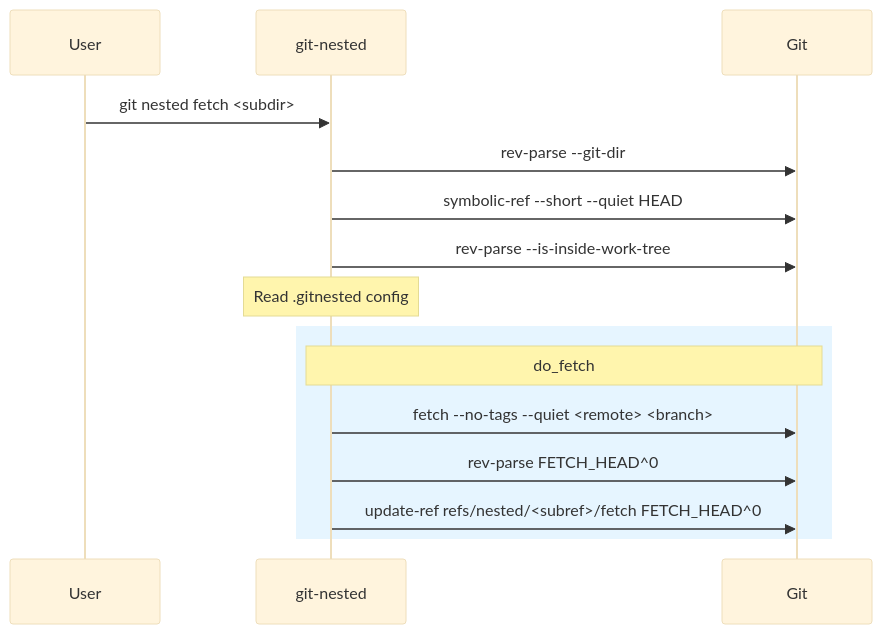
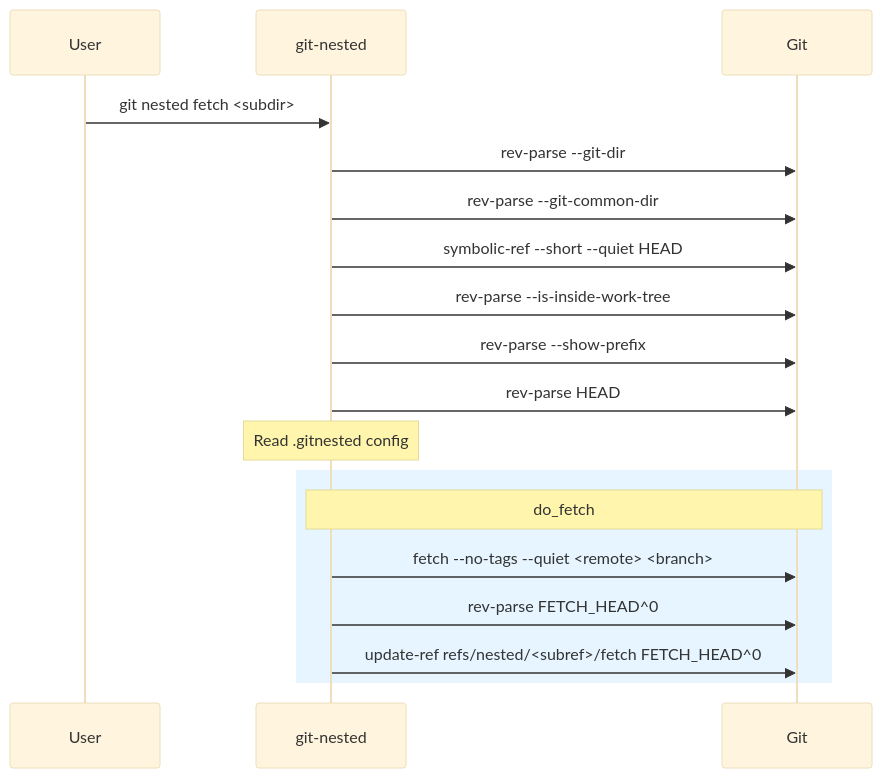
The third of 12 diagrams in docs/diagrams.md (thorsten-klein/git-nested), drawn with Mermaid (base theme) before and after one commit. The commit also changed other lines of this file and 12 other files, not shown here.

````diff
--- a/docs/diagrams.md
+++ b/docs/diagrams.md
@@ -98,19 +104,22 @@
 ```mermaid
 sequenceDiagram
     participant User
     participant git-nested
     participant Git
 
     User->>git-nested: git nested fetch <subdir>
     git-nested->>Git: rev-parse --git-dir
+    git-nested->>Git: rev-parse --git-common-dir
     git-nested->>Git: symbolic-ref --short --quiet HEAD
     git-nested->>Git: rev-parse --is-inside-work-tree
+    git-nested->>Git: rev-parse --show-prefix
+    git-nested->>Git: rev-parse HEAD
     Note over git-nested: Read .gitnested config
 
     rect rgb(230, 245, 255)
         Note over git-nested,Git: do_fetch
         git-nested->>Git: fetch --no-tags --quiet <remote> <branch>
         git-nested->>Git: rev-parse FETCH_HEAD^0
         git-nested->>Git: update-ref refs/nested/<subref>/fetch FETCH_HEAD^0
     end
 ```
````
